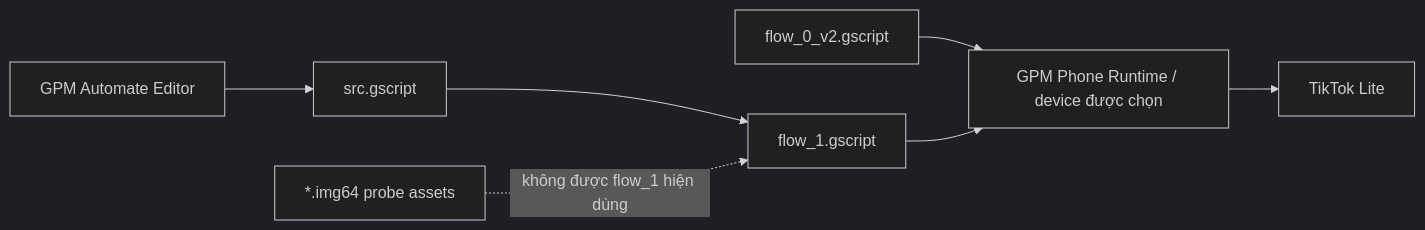
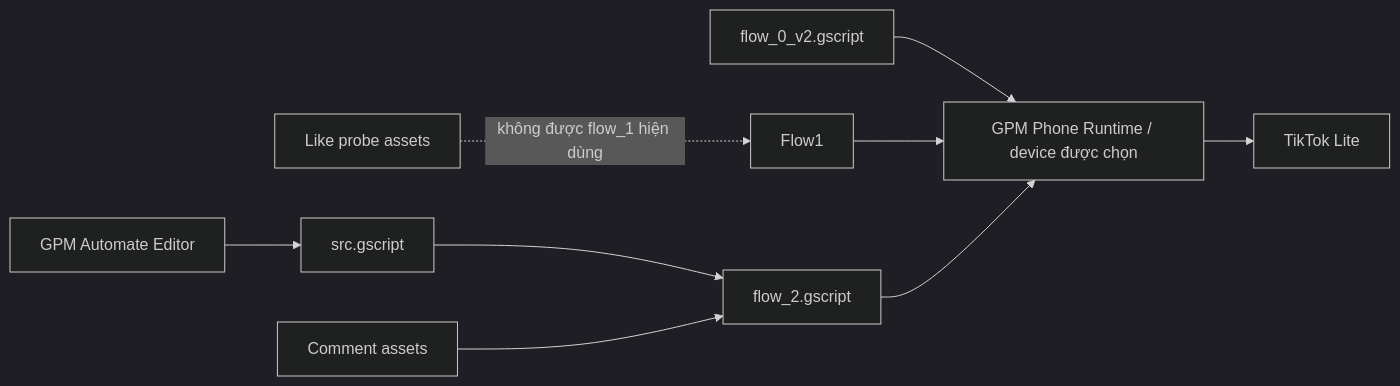
Before and after one commit to phudinhvfx/gpmautomate_box_v2: the diagram in CONNECTIONS.md, drawn with Mermaid (dark theme). The commit also changed other lines of this file and 6 other files, not shown here.

Commit message:
Add TikTok comment reading flow

````diff
--- a/CONNECTIONS.md
+++ b/CONNECTIONS.md
@@ -5,9 +5,11 @@
 ```mermaid
 flowchart LR
   Editor[GPM Automate Editor] --> Main[src.gscript]
-  Main --> Flow1[flow_1.gscript]
+  Main --> Flow2[flow_2.gscript]
   Flow0[flow_0_v2.gscript] --> Phone[GPM Phone Runtime / device được chọn]
   Flow1 --> Phone
+  Flow2 --> Phone
   Phone --> Lite[TikTok Lite]
-  Assets[*.img64 probe assets] -.không được flow_1 hiện dùng.-> Flow1
+  Assets[Comment assets] --> Flow2
+  LikeAssets[Like probe assets] -.không được flow_1 hiện dùng.-> Flow1
 ```
````
